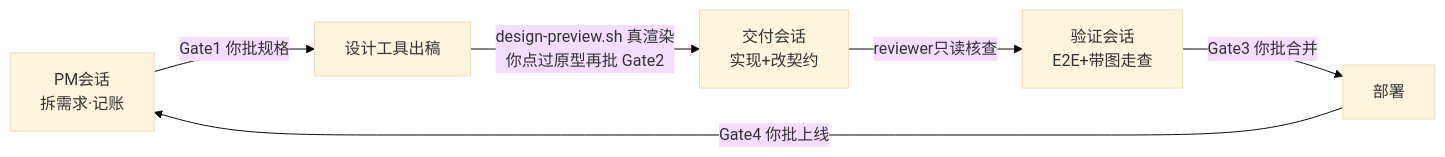
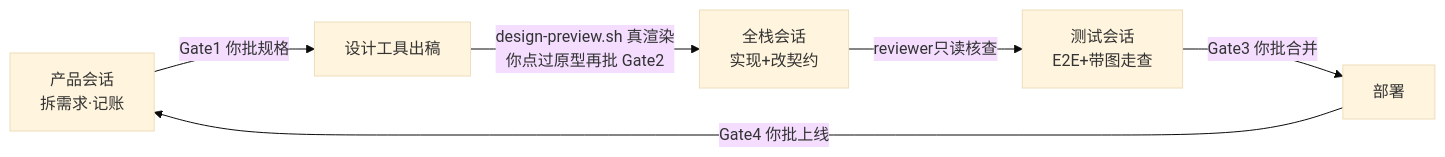
The diagram in README.md (HaiYangBG1/BuildBeat), drawn with Mermaid (base theme) before and after one commit. The commit also changed other lines of this file and 9 other files, not shown here.

````diff
--- a/README.md
+++ b/README.md
@@ -32,8 +69,8 @@
 ```mermaid
 flowchart LR
-    PM[PM会话<br>拆需求·记账] -->|Gate1 你批规格| Design[设计工具出稿]
-    Design -->|"design-preview.sh 真渲染<br>你点过原型再批 Gate2"| Deliver[交付会话<br>实现+改契约]
-    Deliver -->|reviewer只读核查| Verify[验证会话<br>E2E+带图走查]
+    PM[产品会话<br>拆需求·记账] -->|Gate1 你批规格| Design[设计工具出稿]
+    Design -->|"design-preview.sh 真渲染<br>你点过原型再批 Gate2"| Deliver[全栈会话<br>实现+改契约]
+    Deliver -->|reviewer只读核查| Verify[测试会话<br>E2E+带图走查]
     Verify -->|Gate3 你批合并| Deploy[部署]
     Deploy -->|Gate4 你批上线| PM
 ```
````
